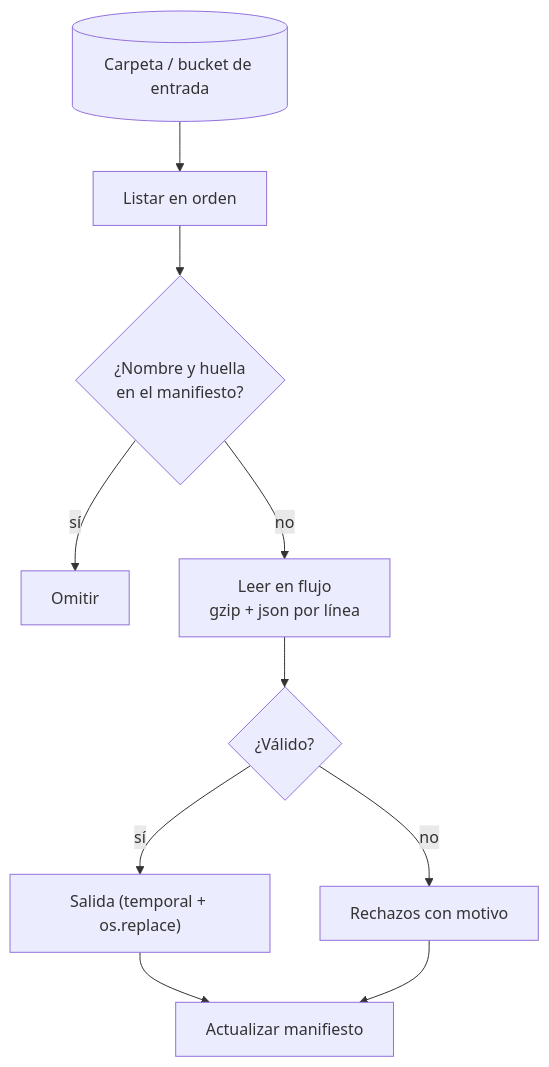
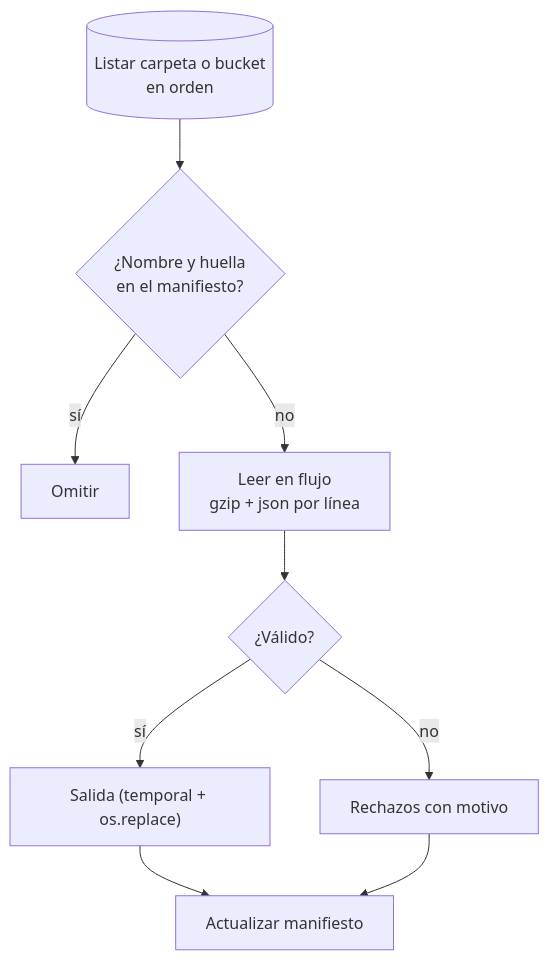
Before and after one commit to fcp4891/de-knowledge-hub: the diagram in content/concepts/python-file-processing.md, drawn with Mermaid. The commit also changed other lines of this file and 20 other files, not shown here.

First line of the commit message:
§9 con el estándar de diagramas: 21 diagramas sobre 8 nodos o 10 aristas, rehechos

````diff
--- a/content/concepts/python-file-processing.md
+++ b/content/concepts/python-file-processing.md
@@ -170,12 +170,11 @@
 ```mermaid
 flowchart TB
-  IN[(Carpeta / bucket de entrada)] --> L[Listar en orden]
-  L --> H{¿Nombre y huella<br/>en el manifiesto?}
+  L[(Listar carpeta o bucket<br/>en orden)] --> H{¿Nombre y huella<br/>en el manifiesto?}
   H -->|sí| SK[Omitir]
   H -->|no| R["Leer en flujo<br/>gzip + json por línea"]
   R --> V{¿Válido?}
   V -->|sí| OK["Salida (temporal + os.replace)"]
   V -->|no| RJ["Rechazos con motivo"]
   OK --> M[Actualizar manifiesto]
   RJ --> M
 ```
````
